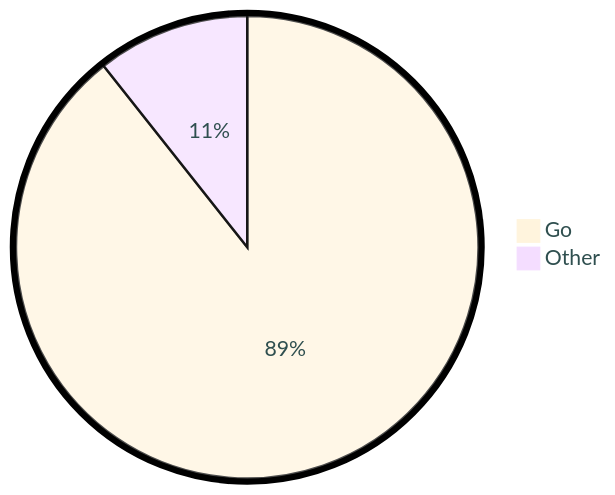
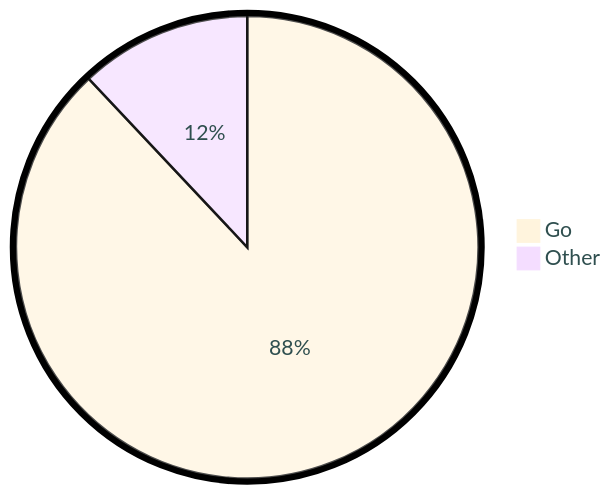
Before and after one commit to tot0p/tot0p: the diagram in README.md, drawn with Mermaid. The commit also changed other lines of this file, not shown here.

````diff
--- a/README.md
+++ b/README.md
@@ -73,6 +74,6 @@
 ```mermaid
 %%{init: {"pie": {"textPosition": 0.5}, "themeVariables": {"pieOuterStrokeWidth": "5px","primaryTextColor" : "#2F4F4F"},"theme":"base"} }%%
 pie
-	"Go": 89.36
-	"Other": 10.660000000000002
+	"Go": 87.98
+	"Other": 12.009999999999998
 ```
````
